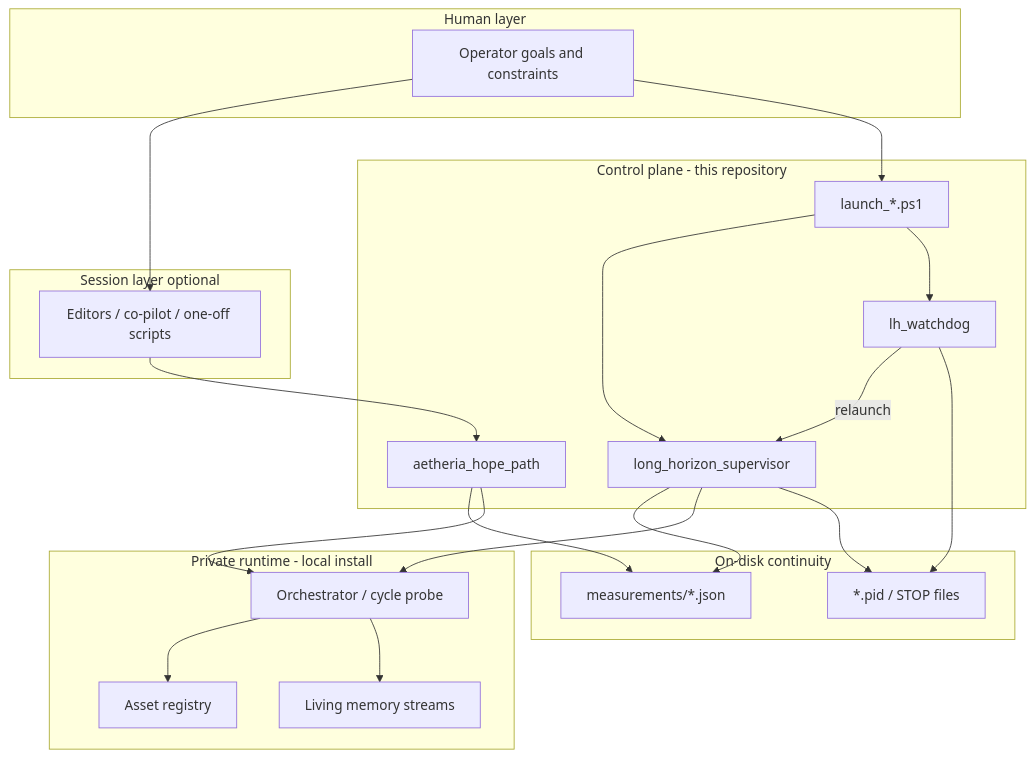
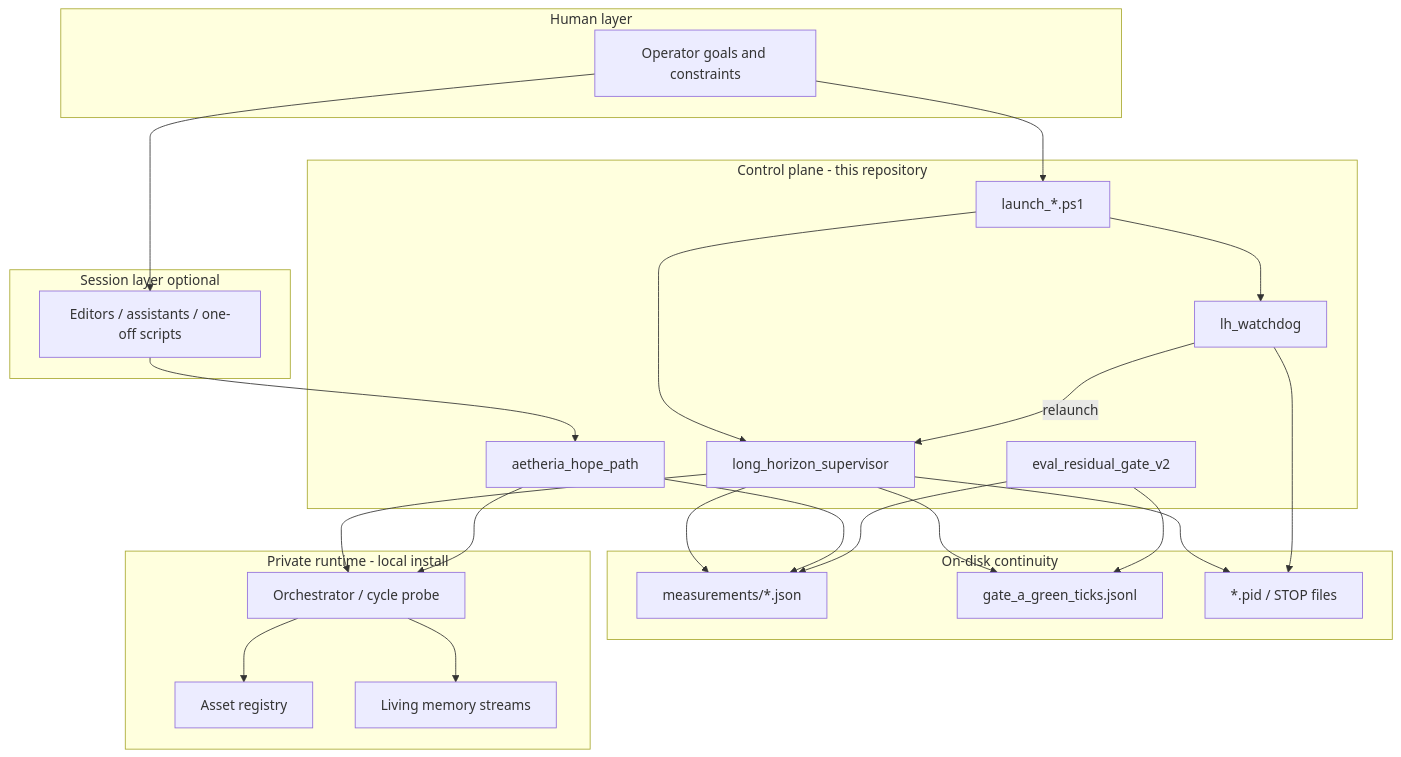
One commit to denisrigsby/Aetheria-sovereign-agent changed the diagram in docs/ARCHITECTURE.md. Above: the diagram before and after it, drawn with Mermaid. The commit also changed other lines of this file and 20 other files, not shown here.

````diff
--- a/docs/ARCHITECTURE.md
+++ b/docs/ARCHITECTURE.md
@@ -9,39 +9,44 @@
 ```mermaid
 flowchart TB
   subgraph human [Human layer]
     OP[Operator goals and constraints]
   end
   subgraph session [Session layer optional]
-    TOOLS[Editors / co-pilot / one-off scripts]
+    TOOLS[Editors / assistants / one-off scripts]
   end
   subgraph control [Control plane - this repository]
     SUP[long_horizon_supervisor]
     WD[lh_watchdog]
     HOPE[aetheria_hope_path]
     LAUNCH[launch_*.ps1]
+    GATE[eval_residual_gate_v2]
   end
   subgraph disk [On-disk continuity]
     MEAS[measurements/*.json]
+    GLOG[gate_a_green_ticks.jsonl]
     PID[*.pid / STOP files]
   end
   subgraph private [Private runtime - local install]
     ORCH[Orchestrator / cycle probe]
     REG[Asset registry]
     LIV[Living memory streams]
   end
 
   OP --> TOOLS
   OP --> LAUNCH
   TOOLS --> HOPE
   LAUNCH --> SUP
   LAUNCH --> WD
   WD -->|relaunch| SUP
   SUP --> MEAS
+  SUP --> GLOG
   SUP --> ORCH
   HOPE --> MEAS
   HOPE --> ORCH
+  GATE --> MEAS
+  GATE --> GLOG
   ORCH --> REG
   ORCH --> LIV
   SUP --> PID
   WD --> PID
 ```
````
